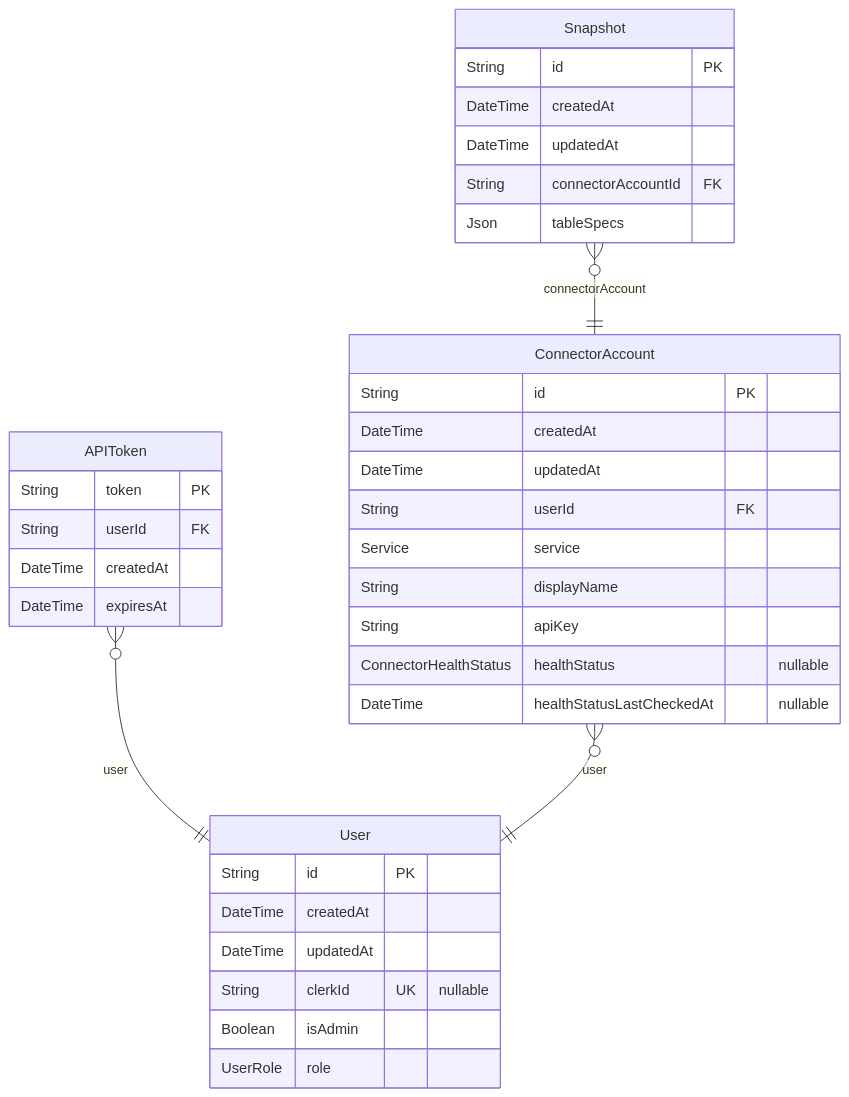
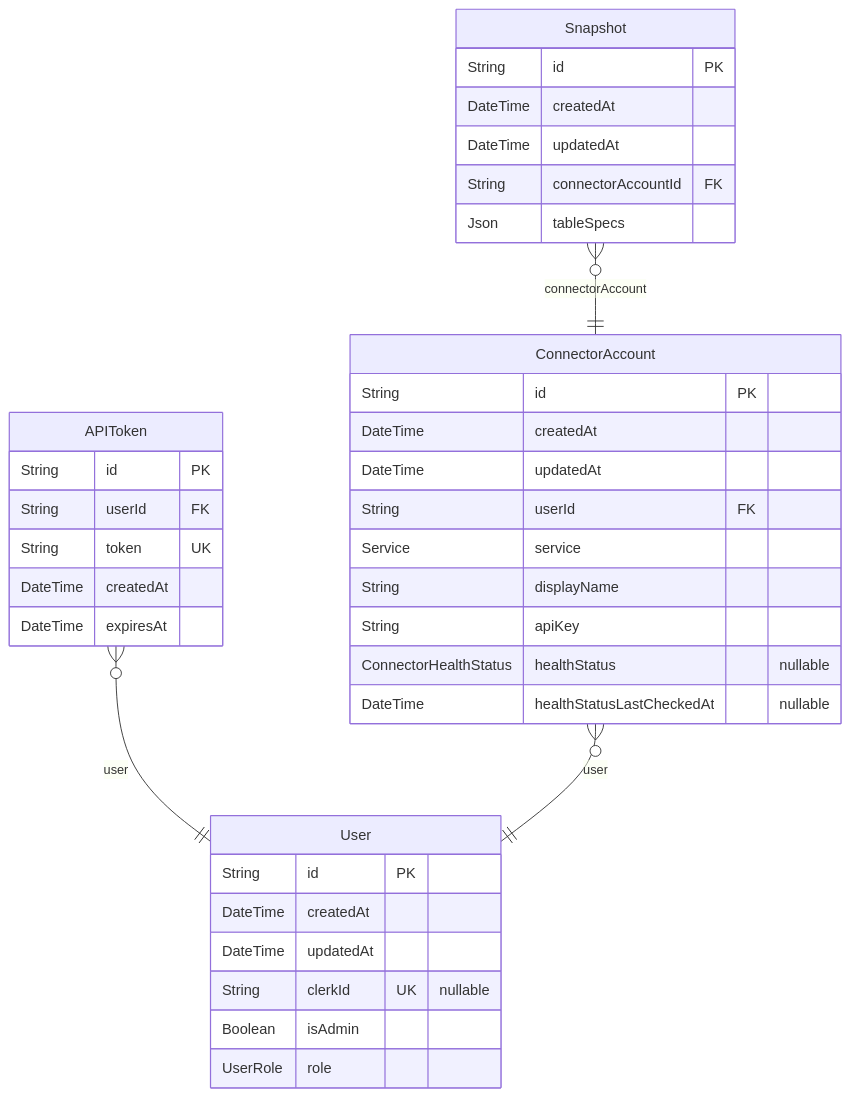
Before and after one commit to whalesync/scratch-cli: the diagram in server/prisma/ERD.md, drawn with Mermaid. The commit also changed other lines of this file and 2 other files, not shown here.

Commit message:
fix api token table

````diff
--- a/server/prisma/ERD.md
+++ b/server/prisma/ERD.md
@@ -9,38 +9,39 @@
 ```mermaid
 erDiagram
 "User" {
   String id PK
   DateTime createdAt
   DateTime updatedAt
   String clerkId UK "nullable"
   Boolean isAdmin
   UserRole role
 }
 "APIToken" {
-  String token PK
+  String id PK
   String userId FK
+  String token UK
   DateTime createdAt
   DateTime expiresAt
 }
 "ConnectorAccount" {
   String id PK
   DateTime createdAt
   DateTime updatedAt
   String userId FK
   Service service
   String displayName
   String apiKey
   ConnectorHealthStatus healthStatus "nullable"
   DateTime healthStatusLastCheckedAt "nullable"
 }
 "Snapshot" {
   String id PK
   DateTime createdAt
   DateTime updatedAt
   String connectorAccountId FK
   Json tableSpecs
 }
 "APIToken" }o--|| "User" : user
 "ConnectorAccount" }o--|| "User" : user
 "Snapshot" }o--|| "ConnectorAccount" : connectorAccount
 ```
````
